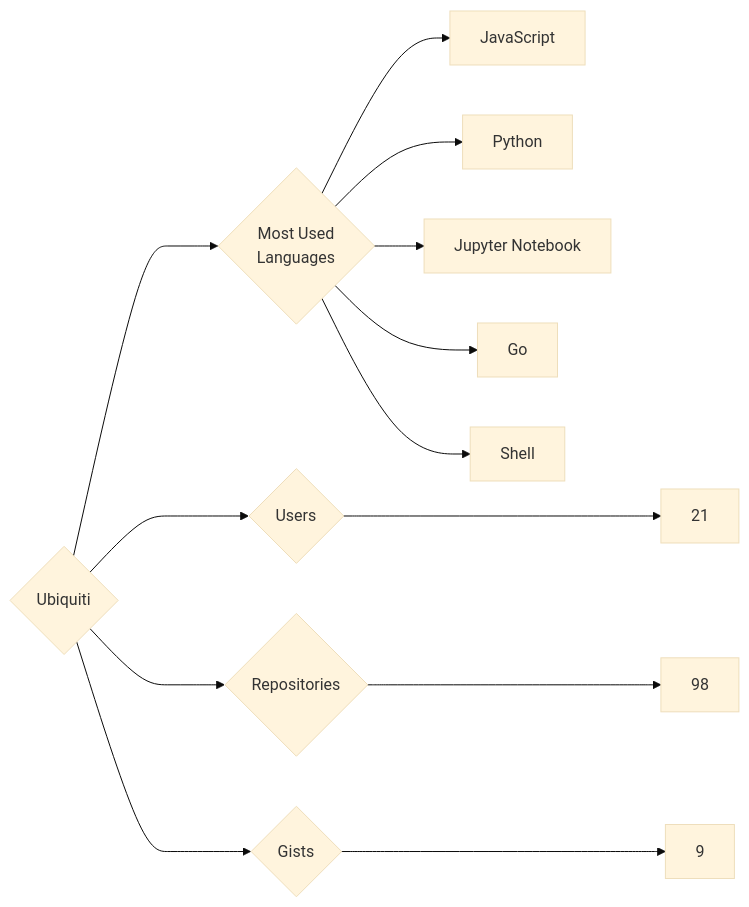
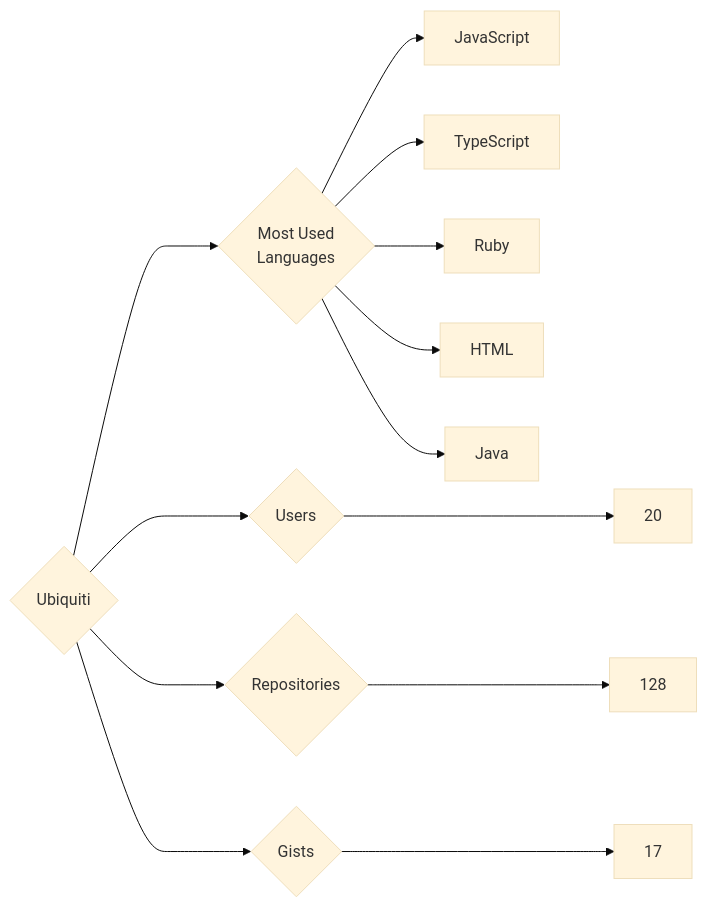
One commit to trickest/insiders changed the diagram in targets/Ubiquiti/README.md. Above: the diagram before and after it, drawn with Mermaid (base theme). The commit also changed 995 other files, not shown here.

````diff
--- a/targets/Ubiquiti/README.md
+++ b/targets/Ubiquiti/README.md
@@ -3,13 +3,13 @@
 ```mermaid
 graph LR
 COMPANY_NAME{Ubiquiti}
-COMPANY_NAME ---> U{Users} ---> UN[21]
-COMPANY_NAME ---> R{Repositories} ---> RN[98]
-COMPANY_NAME ---> G{Gists} ---> GN[9]
+COMPANY_NAME ---> U{Users} ---> UN[20]
+COMPANY_NAME ---> R{Repositories} ---> RN[128]
+COMPANY_NAME ---> G{Gists} ---> GN[17]
 COMPANY_NAME ---> ML{Most Used<br>Languages}
 ML --> JavaScript[JavaScript]
-ML --> Python[Python]
-ML --> Jupyter_Notebook[Jupyter Notebook]
-ML --> Go[Go]
-ML --> Shell[Shell]
+ML --> TypeScript[TypeScript]
+ML --> Ruby[Ruby]
+ML --> HTML[HTML]
+ML --> Java[Java]
 ```
````
